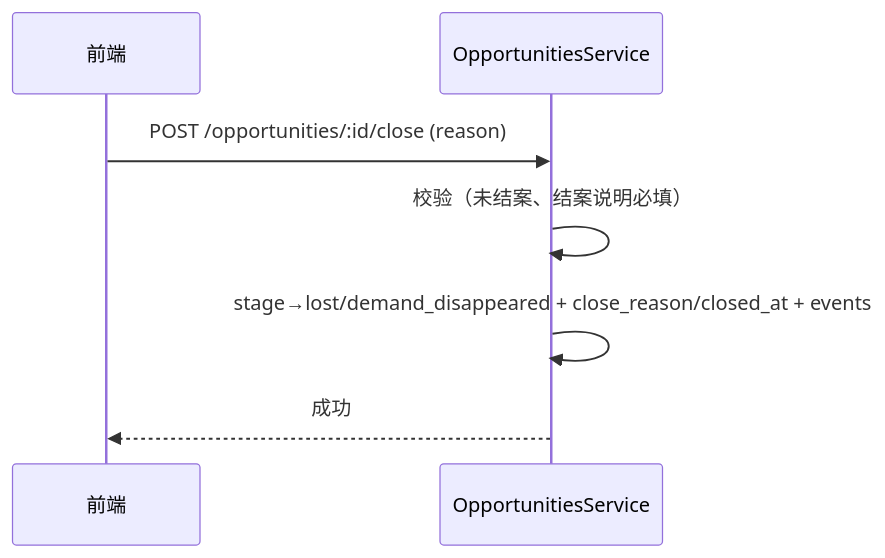
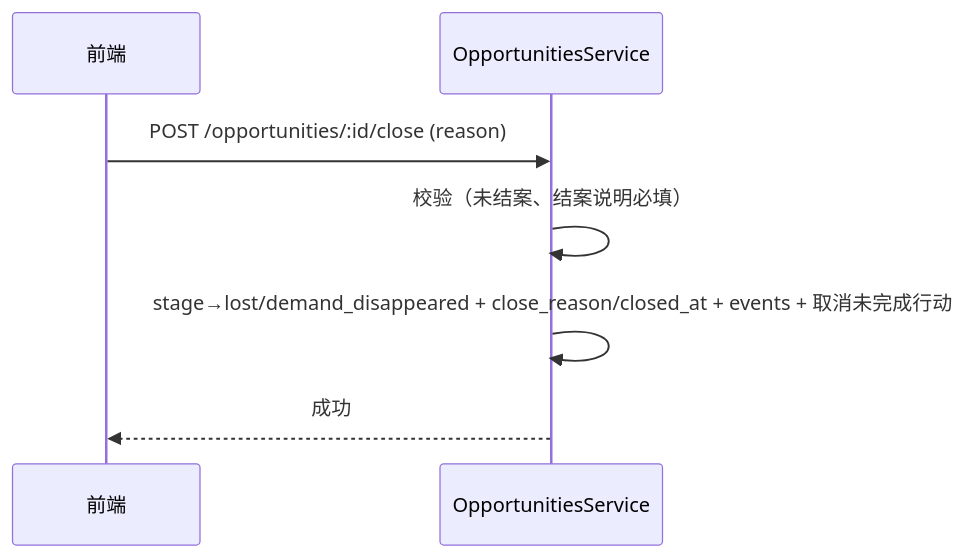
Diagram 18 of 26 in docs/重构架构决策与实施蓝图.md (lixiname/LITECRM), drawn with Mermaid before and after one commit. The commit also changed other lines of this file and 8 other files, not shown here.

````diff
--- a/docs/重构架构决策与实施蓝图.md
+++ b/docs/重构架构决策与实施蓝图.md
@@ -1012,9 +1084,9 @@
 ```mermaid
 sequenceDiagram
     participant C as 前端
     participant S as OpportunitiesService
     C->>S: POST /opportunities/:id/close (reason)
     S->>S: 校验（未结案、结案说明必填）
-    S->>S: stage→lost/demand_disappeared + close_reason/closed_at + events
+    S->>S: stage→lost/demand_disappeared + close_reason/closed_at + events + 取消未完成行动
     S-->>C: 成功
 ```
````
